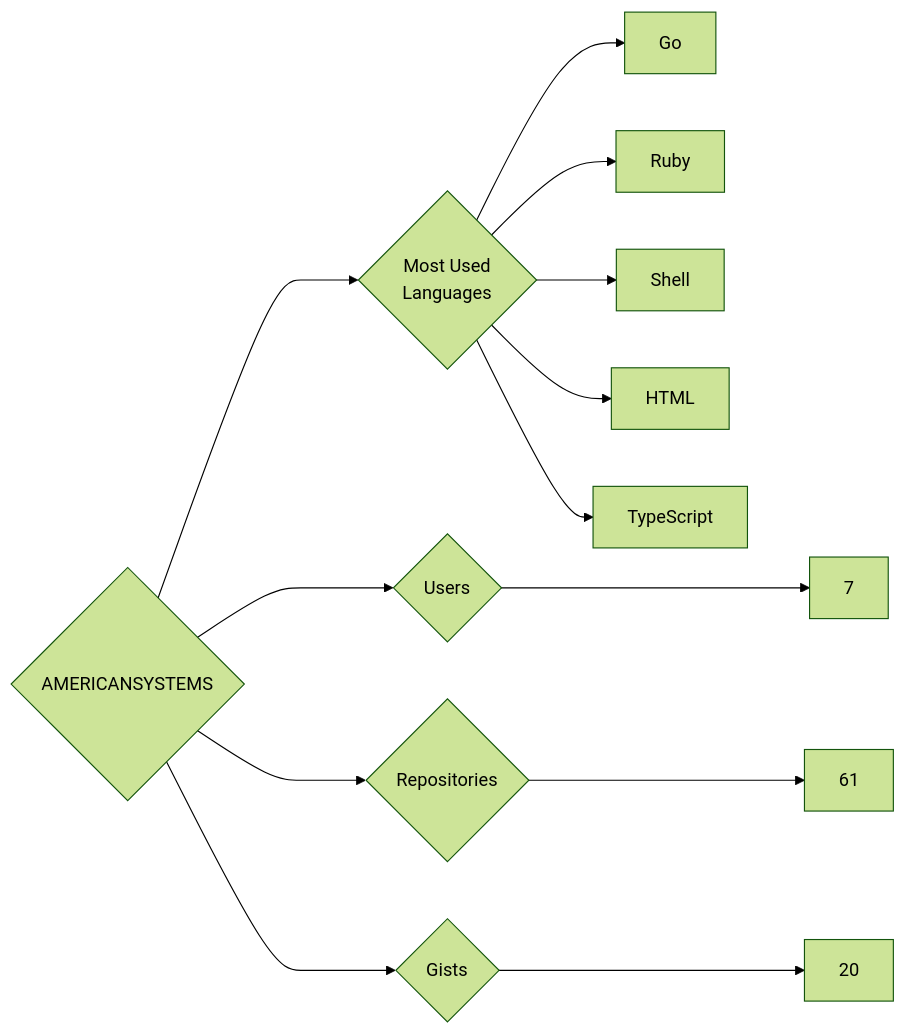
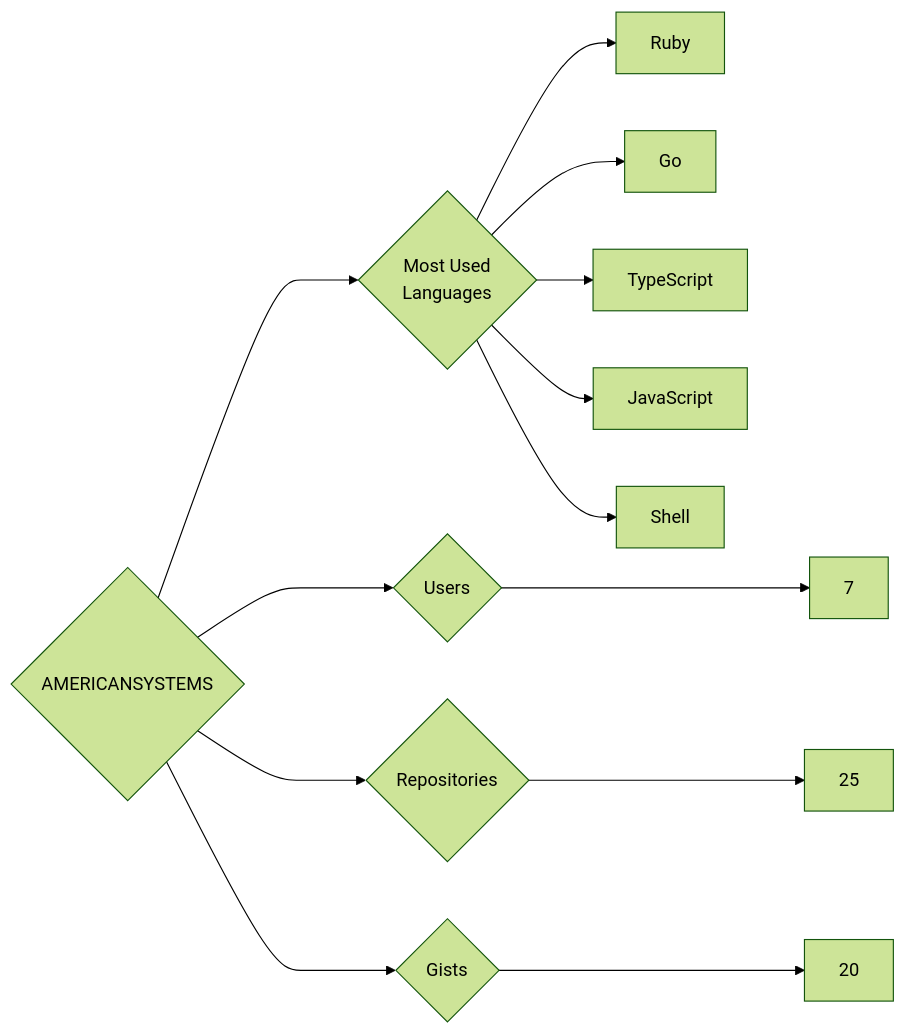
One commit to trickest/insiders changed the diagram in targets/AMERICANSYSTEMS/README.md. Above: the diagram before and after it, drawn with Mermaid (forest theme). The commit also changed 1148 other files, not shown here.

````diff
--- a/targets/AMERICANSYSTEMS/README.md
+++ b/targets/AMERICANSYSTEMS/README.md
@@ -3,13 +3,13 @@
 ```mermaid
 graph LR
 COMPANY_NAME{AMERICANSYSTEMS}
 COMPANY_NAME ---> U{Users} ---> UN[7]
-COMPANY_NAME ---> R{Repositories} ---> RN[61]
+COMPANY_NAME ---> R{Repositories} ---> RN[25]
 COMPANY_NAME ---> G{Gists} ---> GN[20]
 COMPANY_NAME ---> ML{Most Used<br>Languages}
+ML --> Ruby[Ruby]
 ML --> Go[Go]
-ML --> Ruby[Ruby]
+ML --> TypeScript[TypeScript]
+ML --> JavaScript[JavaScript]
 ML --> Shell[Shell]
-ML --> HTML[HTML]
-ML --> TypeScript[TypeScript]
 ```
````
